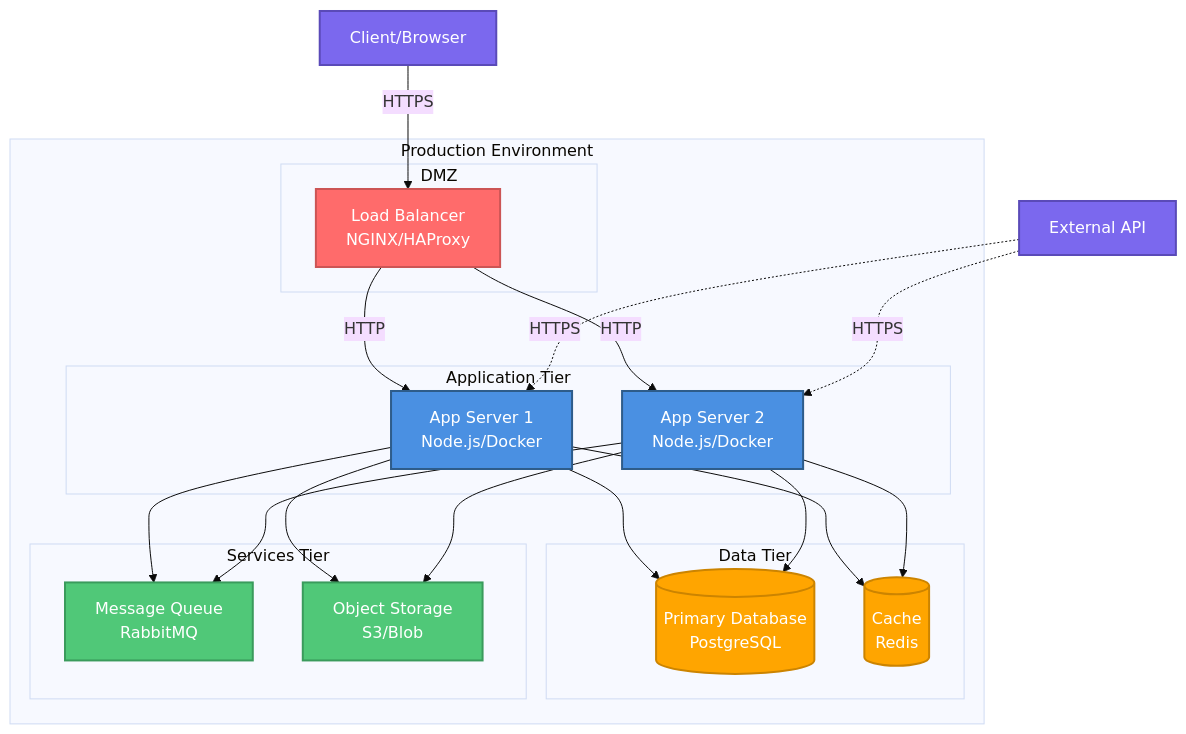
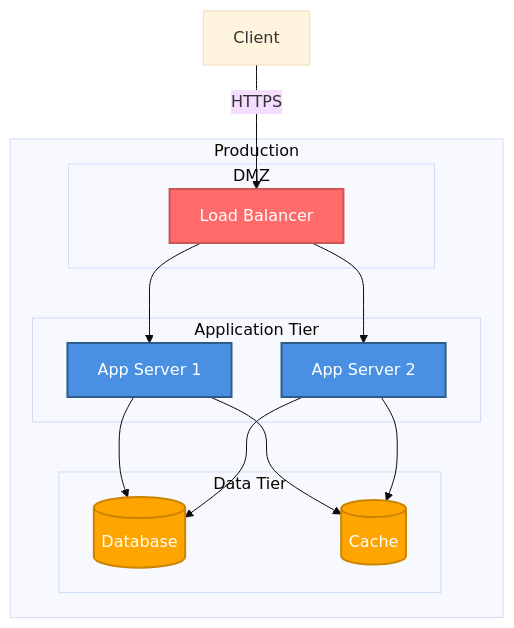
Before and after one commit to Duccci/Zenos-Planner: the diagram in templates/architecture-templates/deployment-diagram-template.md, drawn with Mermaid (base theme). The commit also changed other lines of this file and 155 other files, not shown here.

````diff
--- a/templates/architecture-templates/deployment-diagram-template.md
+++ b/templates/architecture-templates/deployment-diagram-template.md
@@ -15,52 +14,32 @@
 ```mermaid
 graph TB
-    subgraph "Production Environment"
+    subgraph "Production"
         subgraph "DMZ"
-            LB[Load Balancer<br/>NGINX/HAProxy]
+            LB[Load Balancer]
         end
-        
         subgraph "Application Tier"
-            App1[App Server 1<br/>Node.js/Docker]
-            App2[App Server 2<br/>Node.js/Docker]
+            App1[App Server 1]
+            App2[App Server 2]
         end
-        
         subgraph "Data Tier"
-            DB[(Primary Database<br/>PostgreSQL)]
-            Cache[(Cache<br/>Redis)]
-        end
-        
-        subgraph "Services Tier"
-            Queue[Message Queue<br/>RabbitMQ]
-            Storage[Object Storage<br/>S3/Blob]
+            DB[(Database)]
+            Cache[(Cache)]
         end
     end
-    
-    Client[Client/Browser] -->|HTTPS| LB
-    LB -->|HTTP| App1
-    LB -->|HTTP| App2
-    
+
+    Client[Client] -->|HTTPS| LB
+    LB --> App1
+    LB --> App2
     App1 --> DB
     App2 --> DB
     App1 --> Cache
     App2 --> Cache
-    App1 --> Queue
-    App2 --> Queue
-    App1 --> Storage
-    App2 --> Storage
-    
-    External[External API] -.->|HTTPS| App1
-    External -.->|HTTPS| App2
-    
-    %% Styling
-    classDef clientStyle fill:#7B68EE,stroke:#5A4AB8,stroke-width:2px,color:#fff
-    classDef lbStyle fill:#FF6B6B,stroke:#CC5555,stroke-width:2px,color:#fff
-    classDef appStyle fill:#4A90E2,stroke:#2E5C8A,stroke-width:2px,color:#fff
-    classDef dataStyle fill:#FFA500,stroke:#CC8400,stroke-width:2px,color:#fff
-    classDef serviceStyle fill:#50C878,stroke:#3A9B5C,stroke-width:2px,color:#fff
-    
-    class Client,External clientStyle
-    class LB lbStyle
-    class App1,App2 appStyle
-    class DB,Cache dataStyle
-    class Queue,Storage serviceStyle
+
+    classDef lb fill:#FF6B6B,stroke:#CC5555,stroke-width:2px,color:#fff
+    classDef app fill:#4A90E2,stroke:#2E5C8A,stroke-width:2px,color:#fff
+    classDef data fill:#FFA500,stroke:#CC8400,stroke-width:2px,color:#fff
+
+    class LB lb
+    class App1,App2 app
+    class DB,Cache data
 ```
````
